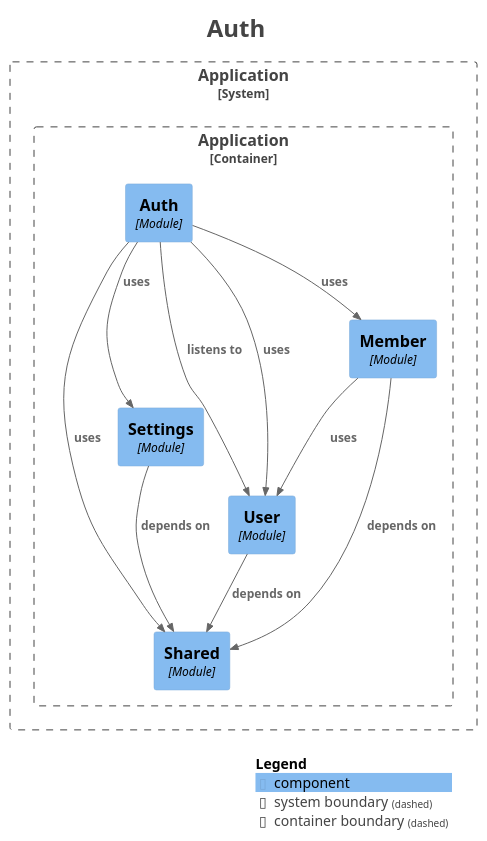
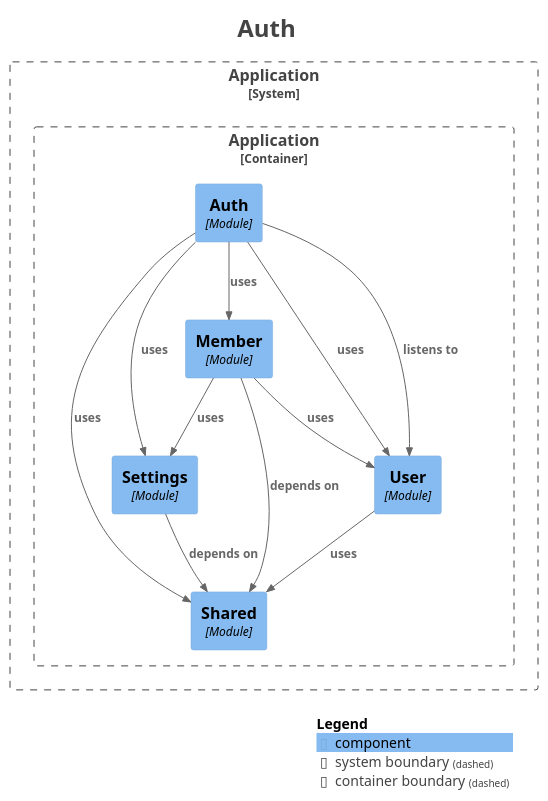
Before and after one commit to kanghouchao/Kizuna: the diagram in backend/docs/modulith/module-auth.puml, drawn with PlantUML. The commit also changed 81 other files, not shown here.

```diff
--- a/backend/docs/modulith/module-auth.puml
+++ b/backend/docs/modulith/module-auth.puml
@@ -1,41 +1,42 @@
 @startuml
 title <size:24>Auth</size>
 
 set separator none
 top to bottom direction
 
 <style>
   root {
     BackgroundColor: #ffffff
     FontColor: #444444
   }
 </style>
 
 !include <C4/C4>
 !include <C4/C4_Context>
 !include <C4/C4_Component>
 
 System_Boundary("Application_boundary", "Application", $tags="") {
   Container_Boundary("Application.Application_boundary", "Application", $tags="") {
     Component(Application.Application.Auth, "Auth", $techn="Module", $descr="", $tags="", $link="")
     Component(Application.Application.Shared, "Shared", $techn="Module", $descr="", $tags="", $link="")
     Component(Application.Application.Settings, "Settings", $techn="Module", $descr="", $tags="", $link="")
     Component(Application.Application.User, "User", $techn="Module", $descr="", $tags="", $link="")
     Component(Application.Application.Member, "Member", $techn="Module", $descr="", $tags="", $link="")
   }
 
 }
 
-Rel(Application.Application.User, Application.Application.Shared, "depends on", $techn="", $tags="", $link="")
 Rel(Application.Application.Member, Application.Application.Shared, "depends on", $techn="", $tags="", $link="")
+Rel(Application.Application.Member, Application.Application.Settings, "uses", $techn="", $tags="", $link="")
 Rel(Application.Application.Member, Application.Application.User, "uses", $techn="", $tags="", $link="")
 Rel(Application.Application.Settings, Application.Application.Shared, "depends on", $techn="", $tags="", $link="")
 Rel(Application.Application.Auth, Application.Application.User, "listens to", $techn="", $tags="", $link="")
 Rel(Application.Application.Auth, Application.Application.User, "uses", $techn="", $tags="", $link="")
 Rel(Application.Application.Auth, Application.Application.Member, "uses", $techn="", $tags="", $link="")
 Rel(Application.Application.Auth, Application.Application.Shared, "uses", $techn="", $tags="", $link="")
 Rel(Application.Application.Auth, Application.Application.Settings, "uses", $techn="", $tags="", $link="")
+Rel(Application.Application.User, Application.Application.Shared, "uses", $techn="", $tags="", $link="")
 
 SHOW_LEGEND(true)
 hide stereotypes
 @enduml
```
